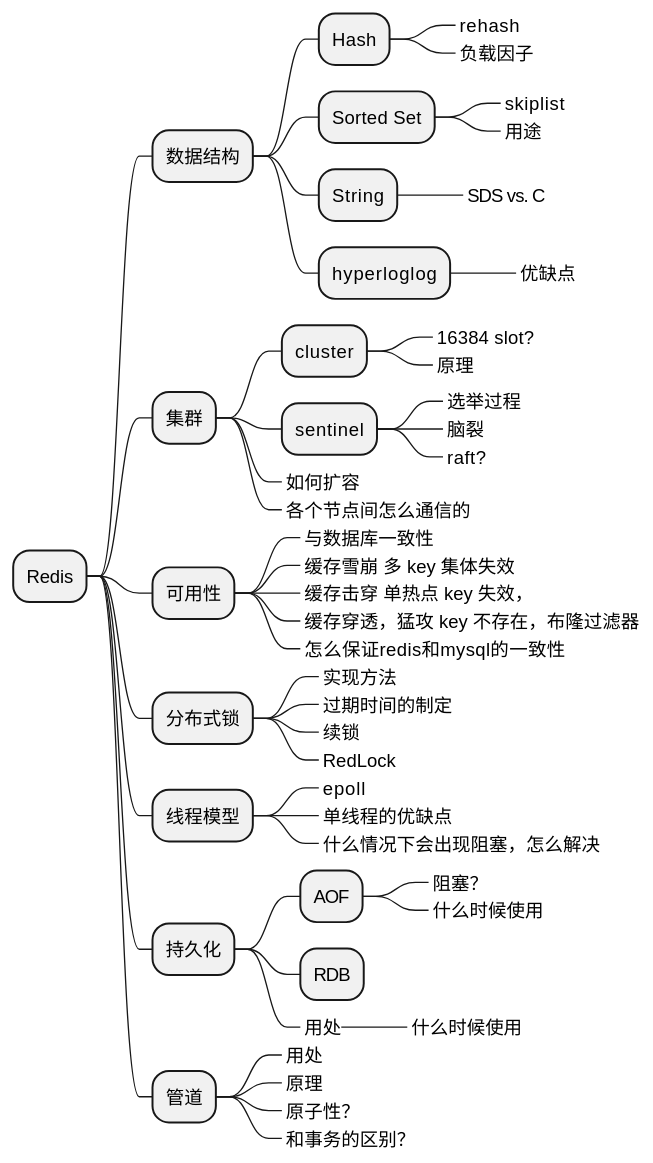
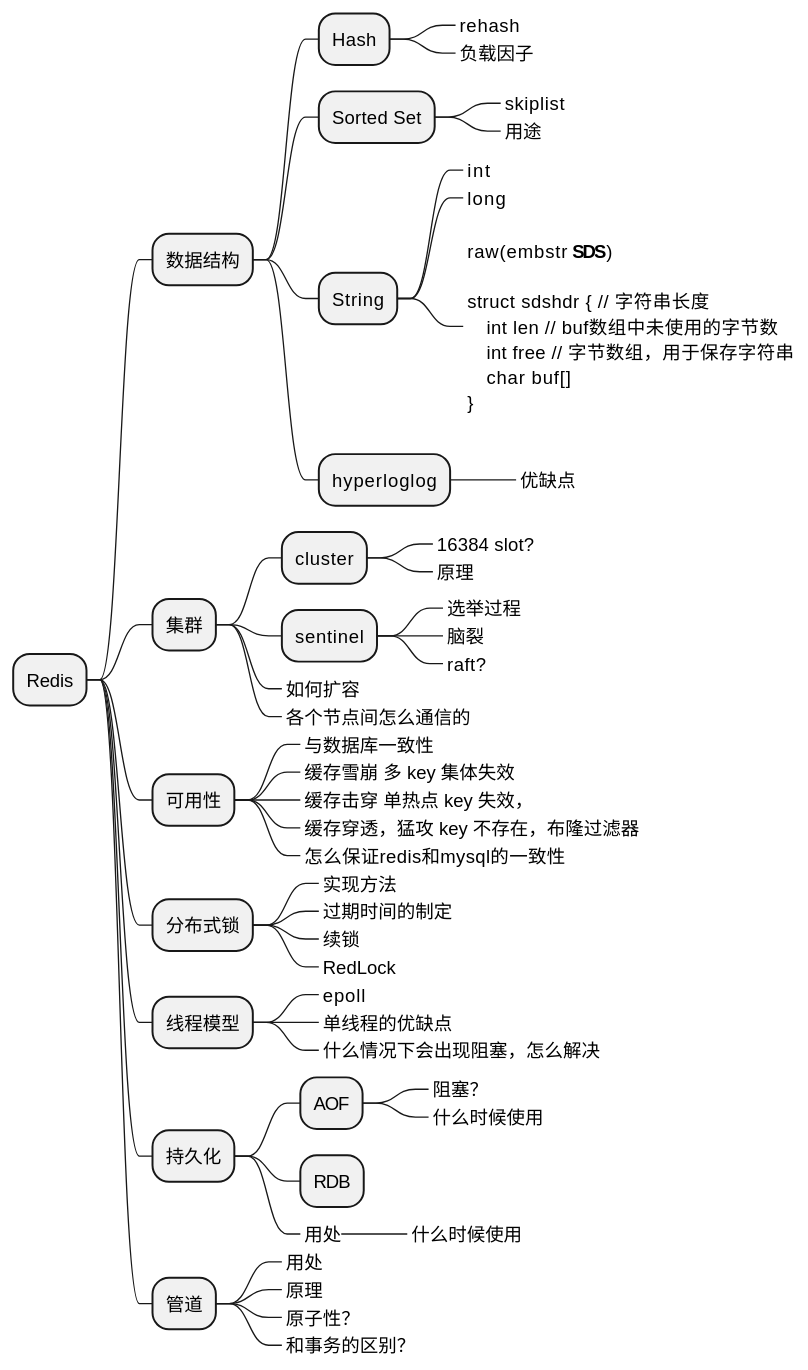
Before and after one commit to Gh0st99/Gh0st99.github.io: the sixth of 11 diagrams in _posts/2021-05-27-查漏补缺.md, drawn with PlantUML.

Commit message:
查漏补缺

````diff
--- a/_posts/2021-05-27-查漏补缺.md
+++ b/_posts/2021-05-27-查漏补缺.md
@@ -466,63 +466,73 @@
 ```plantuml
 @startmindmap
 * Redis
 ** 数据结构
 *** Hash
 ****_ rehash
 ****_ 负载因子
 *** Sorted Set
 ****_ skiplist
 ****_ 用途
 *** String
-****_ SDS vs. C
+****_ int
+****_ long
+****_: 
+raw(embstr **SDS**)
+
+struct sdshdr { // 字符串长度 
+    int len // buf数组中未使用的字节数 
+    int free // 字节数组，用于保存字符串 
+    char buf[] 
+}
+;
 *** hyperloglog
 ****_ 优缺点
 
 
 ** 集群
 *** cluster
 ****_ 16384 slot?
 ****_ 原理
 
 *** sentinel
 ****_ 选举过程
 ****_ 脑裂
 ****_ raft?
 
 ***_ 如何扩容
 ***_ 各个节点间怎么通信的
 
 ** 可用性
 ***_ 与数据库一致性
 ***_ 缓存雪崩 多 key 集体失效
 ***_ 缓存击穿 单热点 key 失效，
 ***_ 缓存穿透，猛攻 key 不存在，布隆过滤器
 ***_ 怎么保证redis和mysql的一致性
 
 ** 分布式锁
 ***_ 实现方法
 ***_ 过期时间的制定
 ***_ 续锁
 ***_ RedLock
 
 ** 线程模型
 ***_ epoll
 ***_ 单线程的优缺点
 ***_ 什么情况下会出现阻塞，怎么解决
 
 ** 持久化
 *** AOF
 ****_ 阻塞？
 ****_ 什么时候使用
 *** RDB
 ***_ 用处
 ****_ 什么时候使用
 
 ** 管道
 ***_ 用处
 ***_ 原理
 ***_ 原子性？
 ***_ 和事务的区别？
 
 @endmindmap
 ```
````
